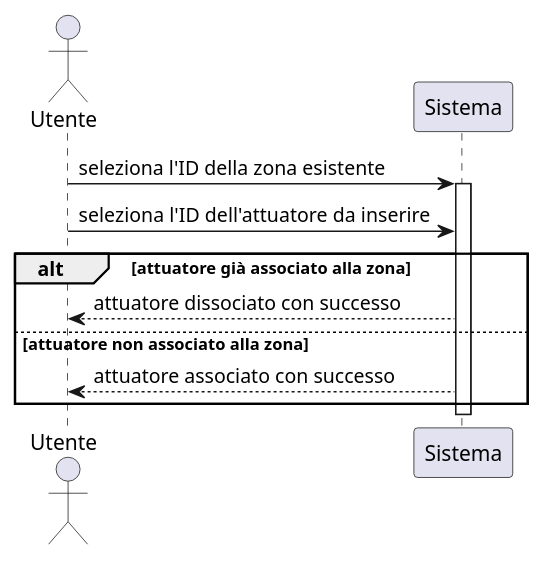
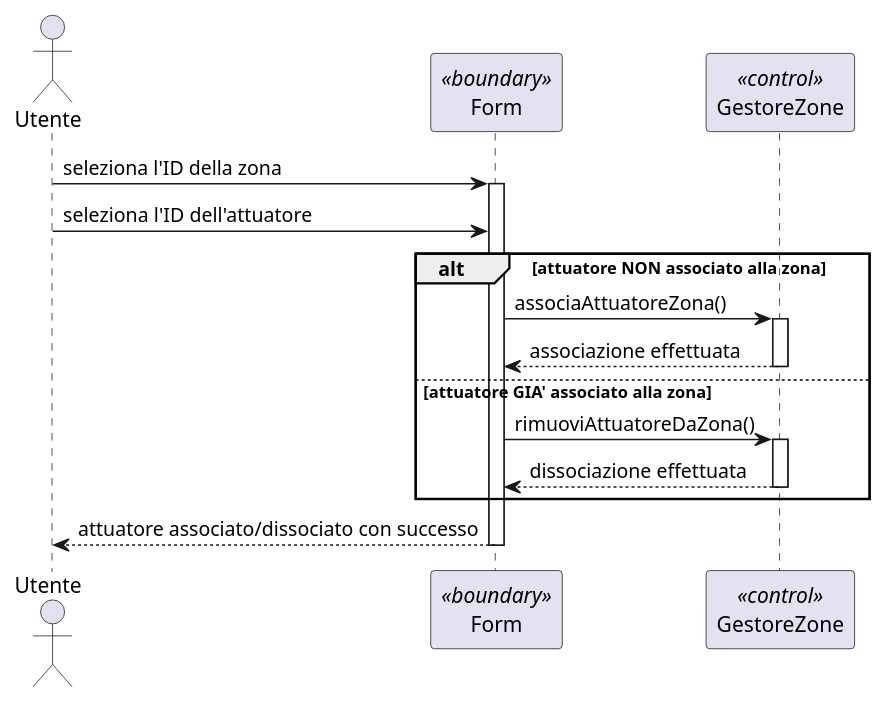
Before and after one commit to Mastronardidavide/Progetto_ing_del_software: the diagram in documenti vari/diagrammi di sequenza/Zona/ass_diss_Attuatore.puml, drawn with PlantUML. The commit also changed 55 other files, not shown here.

Commit message:
Correzione diagrammi di sequenza

```diff
--- a/documenti vari/diagrammi di sequenza/Zona/ass_diss_Attuatore.puml
+++ b/documenti vari/diagrammi di sequenza/Zona/ass_diss_Attuatore.puml
@@ -1,17 +1,25 @@
 @startuml
 actor Utente
-participant Sistema
+participant Form <<boundary>>
+participant GestoreZone <<control>>
 
-Utente -> Sistema : seleziona l'ID della zona esistente
-activate Sistema
+Utente -> Form : seleziona l'ID della zona
+activate Form
 
-Utente -> Sistema : seleziona l'ID dell'attuatore da inserire
+Utente -> Form : seleziona l'ID dell'attuatore
 
-alt attuatore già associato alla zona
-    Sistema --> Utente : attuatore dissociato con successo
-else attuatore non associato alla zona
-    Sistema --> Utente : attuatore associato con successo
+alt attuatore NON associato alla zona
+    Form -> GestoreZone : associaAttuatoreZona()
+    activate GestoreZone
+    GestoreZone --> Form : associazione effettuata
+    deactivate GestoreZone
+else attuatore GIA' associato alla zona
+    Form -> GestoreZone : rimuoviAttuatoreDaZona()
+    activate GestoreZone
+    GestoreZone --> Form : dissociazione effettuata
+    deactivate GestoreZone
 end
 
-deactivate Sistema
+Form --> Utente : attuatore associato/dissociato con successo
+deactivate Form
 @enduml
```
